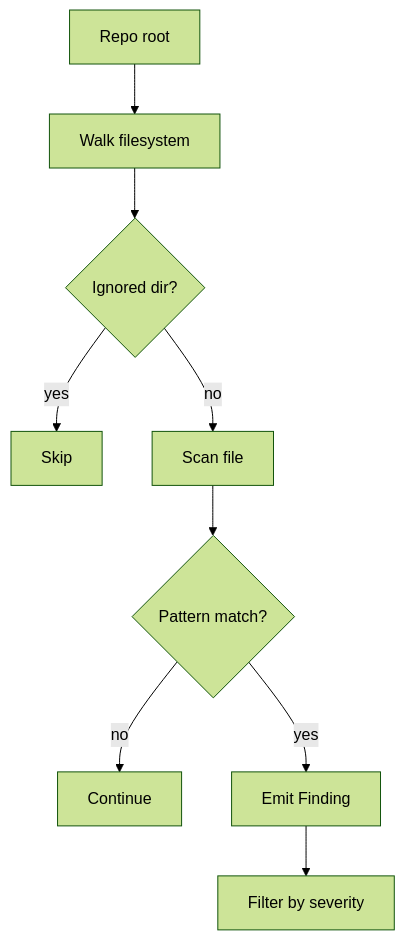
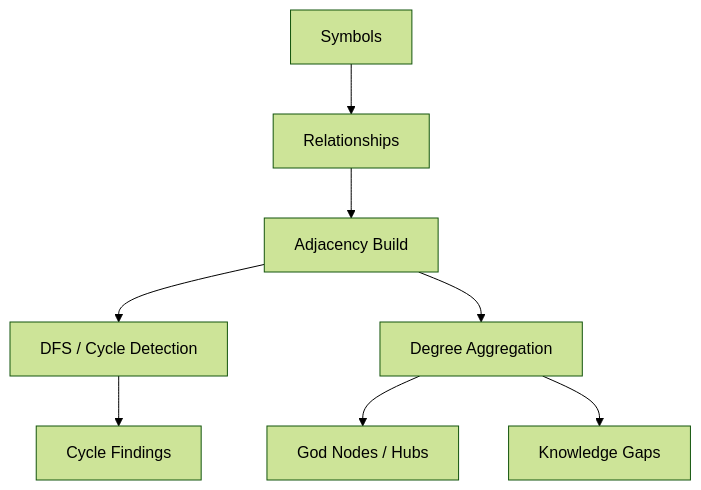
One commit to actions-marketplace-validations/unrealandychan_rekipedia changed the diagram in .rekipedia/wiki/algorithms.md. Above: the diagram before and after it, drawn with Mermaid (forest theme). The commit also changed other lines of this file and 39 other files, not shown here.

````diff
--- a/.rekipedia/wiki/algorithms.md
+++ b/.rekipedia/wiki/algorithms.md
@@ -121,11 +236,10 @@
 ```mermaid
 flowchart TD
-    A[Repo root] --> B[Walk filesystem]
-    B --> C{Ignored dir?}
-    C -- yes --> D[Skip]
-    C -- no --> E[Scan file]
-    E --> F{Pattern match?}
-    F -- no --> G[Continue]
-    F -- yes --> H[Emit Finding]
-    H --> I[Filter by severity]
+    A[Symbols] --> B[Relationships]
+    B --> C[Adjacency Build]
+    C --> D[DFS / Cycle Detection]
+    C --> E[Degree Aggregation]
+    D --> F[Cycle Findings]
+    E --> G[God Nodes / Hubs]
+    E --> H[Knowledge Gaps]
 ```
````
